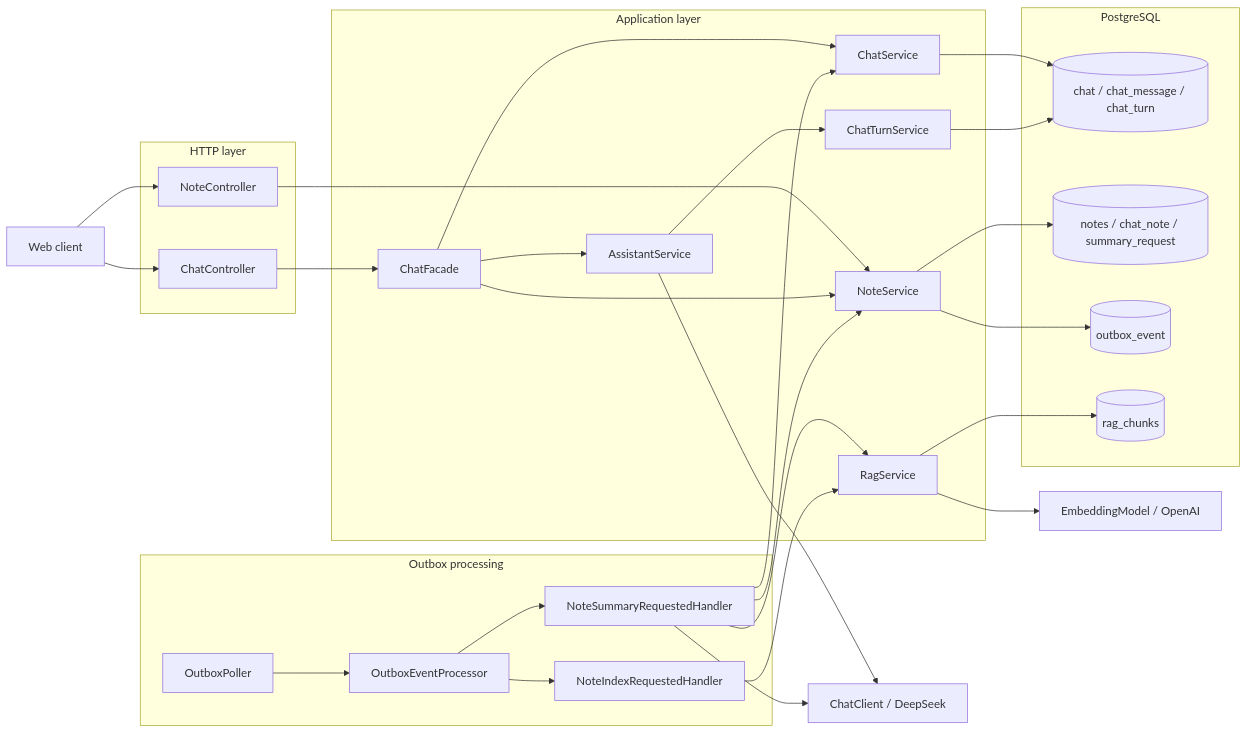
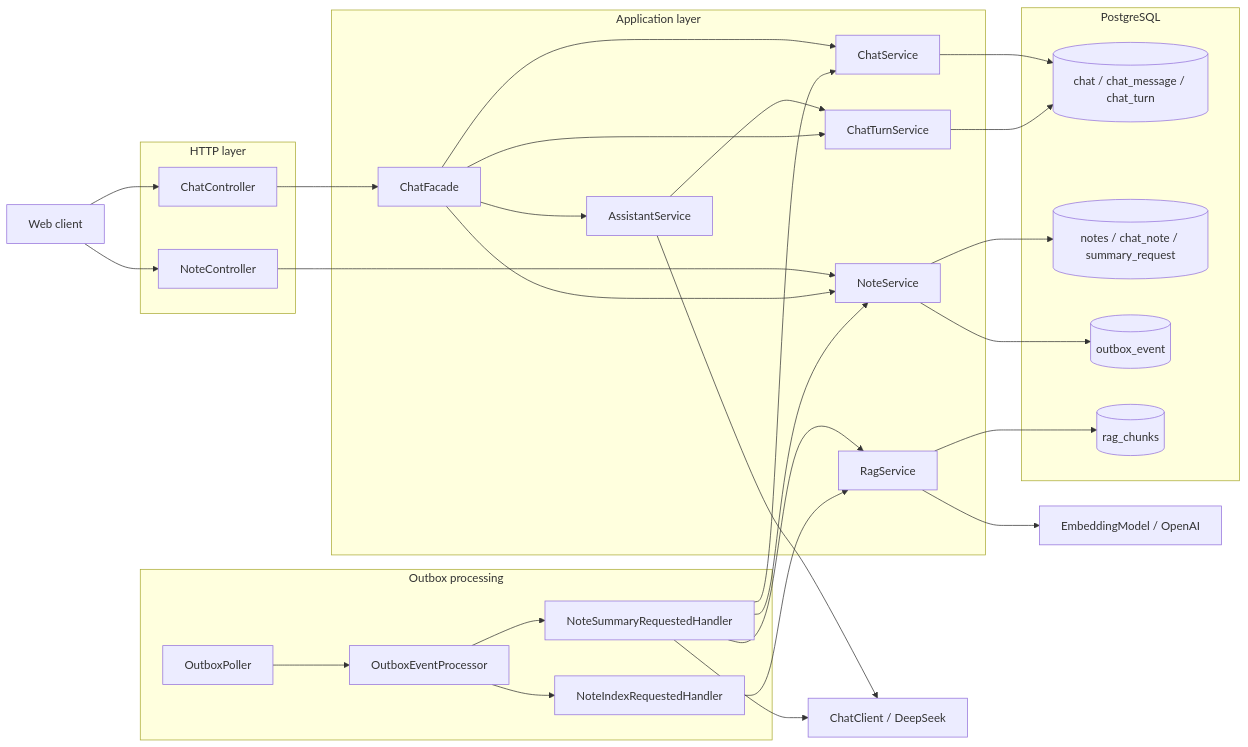
Before and after one commit to sokolov-r-u/uliss: the first of 9 diagrams in module/note/note-app/REQUEST_FLOWS.md, drawn with Mermaid. The commit also changed other lines of this file and 67 other files, not shown here.

````diff
--- a/module/note/note-app/REQUEST_FLOWS.md
+++ b/module/note/note-app/REQUEST_FLOWS.md
@@ -9,52 +9,53 @@
 ```mermaid
 flowchart LR
     Client[Web client]
 
     subgraph HTTP[HTTP layer]
         ChatController
         NoteController
     end
 
     subgraph Application[Application layer]
         ChatFacade
         ChatService
         AssistantService
         ChatTurnService
         NoteService
         RagService
     end
 
     subgraph Async[Outbox processing]
         OutboxPoller
         OutboxEventProcessor
         SummaryHandler[NoteSummaryRequestedHandler]
         IndexHandler[NoteIndexRequestedHandler]
     end
 
     subgraph Persistence[PostgreSQL]
         ChatTables[(chat / chat_message / chat_turn)]
         NoteTables[(notes / chat_note / summary_request)]
         OutboxTable[(outbox_event)]
         RagChunks[(rag_chunks)]
     end
 
     ChatModel[ChatClient / DeepSeek]
     EmbeddingModel[EmbeddingModel / OpenAI]
     Client --> ChatController --> ChatFacade
     Client --> NoteController --> NoteService
     ChatFacade --> ChatService --> ChatTables
     ChatFacade --> AssistantService --> ChatTurnService --> ChatTables
+  ChatFacade --> ChatTurnService
     ChatFacade --> NoteService --> NoteTables
     NoteService --> OutboxTable
     AssistantService --> ChatModel
     OutboxPoller --> OutboxEventProcessor
     OutboxEventProcessor --> SummaryHandler
     OutboxEventProcessor --> IndexHandler
     SummaryHandler --> ChatService
     SummaryHandler --> RagService
     SummaryHandler --> ChatModel
     SummaryHandler --> NoteService
     IndexHandler --> RagService
     RagService --> EmbeddingModel
     RagService --> RagChunks
 ```
````
